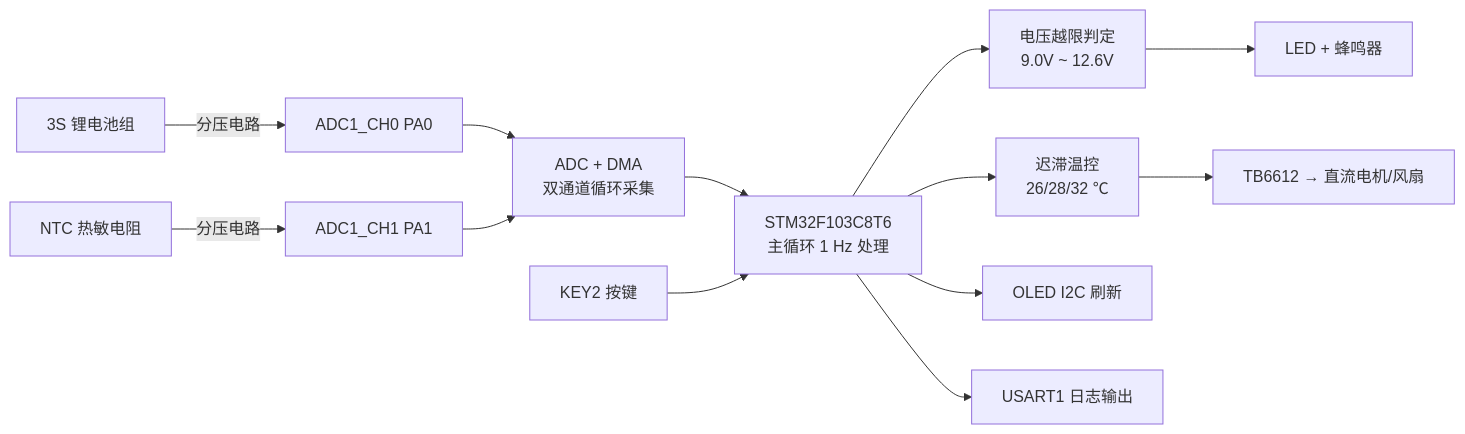
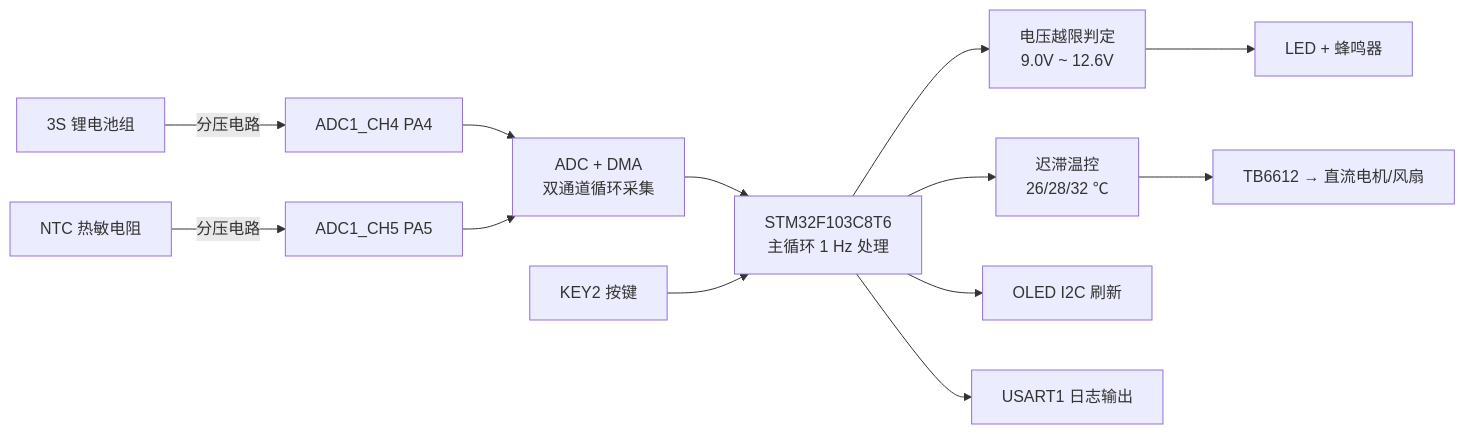
One commit to yunchuanli003/stm32-3s-battery-monitor changed the diagram in README.md. Above: the diagram before and after it, drawn with Mermaid. The commit also changed other lines of this file and 1 other file, not shown here.

````diff
--- a/README.md
+++ b/README.md
@@ -81,15 +81,15 @@
 ```mermaid
 flowchart LR
-    A[3S 锂电池组] -->|分压电路| B[ADC1_CH0 PA0]
-    C[NTC 热敏电阻] -->|分压电路| D[ADC1_CH1 PA1]
+    A[3S 锂电池组] -->|分压电路| B[ADC1_CH4 PA4]
+    C[NTC 热敏电阻] -->|分压电路| D[ADC1_CH5 PA5]
     B --> E[ADC + DMA<br/>双通道循环采集]
     D --> E
     E --> F[STM32F103C8T6<br/>主循环 1 Hz 处理]
     F --> G[电压越限判定<br/>9.0V ~ 12.6V]
     F --> H[迟滞温控<br/>26/28/32 ℃]
     F --> I[OLED I2C 刷新]
     F --> J[USART1 日志输出]
     G --> K[LED + 蜂鸣器]
     H --> L[TB6612 → 直流电机/风扇]
     M[KEY2 按键] --> F
 ```
````
